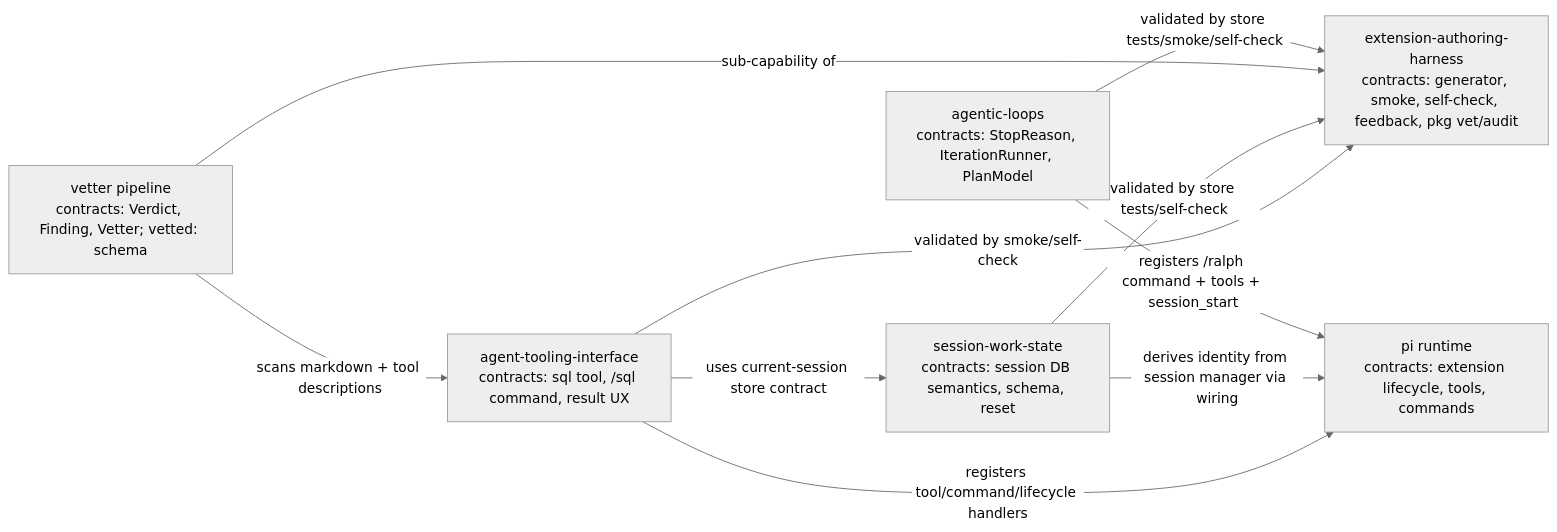
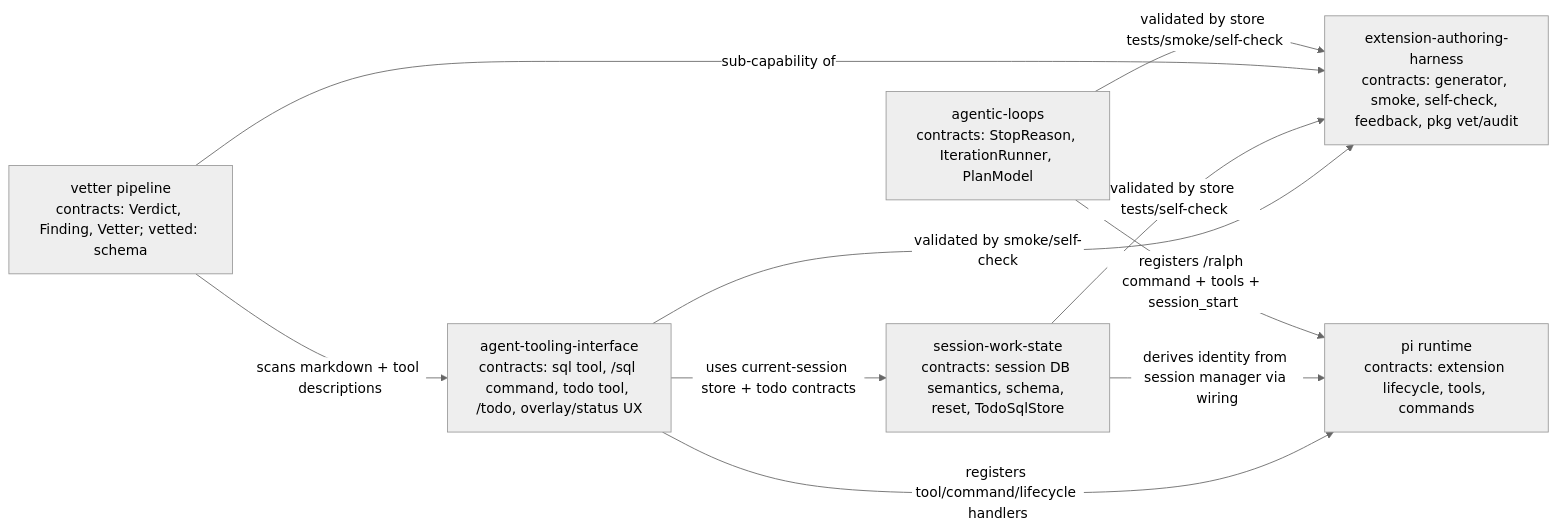
The diagram in docs/domains/domain-map.md (vaughanknight/pij), drawn with Mermaid (neutral theme) before and after one commit. The commit also changed other lines of this file and 6 other files, not shown here.

Commit message:
docs: record sql-backed todo domains

````diff
--- a/docs/domains/domain-map.md
+++ b/docs/domains/domain-map.md
@@ -3,19 +3,19 @@
 ```mermaid
 flowchart LR
-    SWS[session-work-state\ncontracts: session DB semantics, schema, reset]
-    ATI[agent-tooling-interface\ncontracts: sql tool, /sql command, result UX]
+    SWS[session-work-state\ncontracts: session DB semantics, schema, reset, TodoSqlStore]
+    ATI[agent-tooling-interface\ncontracts: sql tool, /sql command, todo tool, /todo, overlay/status UX]
     H[extension-authoring-harness\ncontracts: generator, smoke, self-check, feedback, pkg vet/audit]
     PI[pi runtime\ncontracts: extension lifecycle, tools, commands]
     V[vetter pipeline\ncontracts: Verdict, Finding, Vetter; vetted: schema]
     RL[agentic-loops\ncontracts: StopReason, IterationRunner, PlanModel]
 
-    ATI -->|uses current-session store contract| SWS
+    ATI -->|uses current-session store + todo contracts| SWS
     ATI -->|registers tool/command/lifecycle handlers| PI
     SWS -->|derives identity from session manager via wiring| PI
     ATI -->|validated by smoke/self-check| H
     SWS -->|validated by store tests/self-check| H
     V -->|sub-capability of| H
     V -->|scans markdown + tool descriptions| ATI
     RL -->|registers /ralph command + tools + session_start| PI
     RL -->|validated by store tests/smoke/self-check| H
 ```
````
